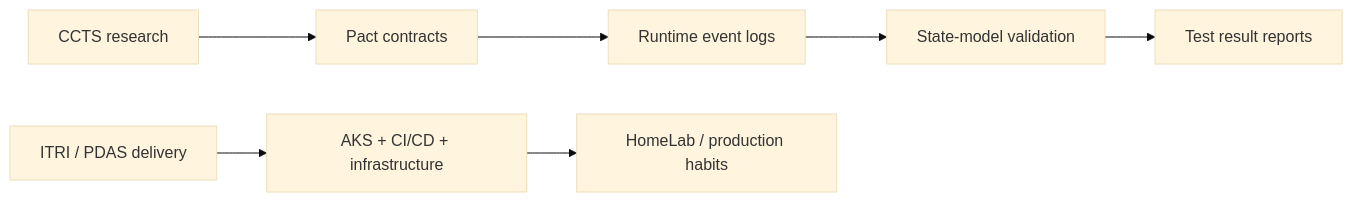
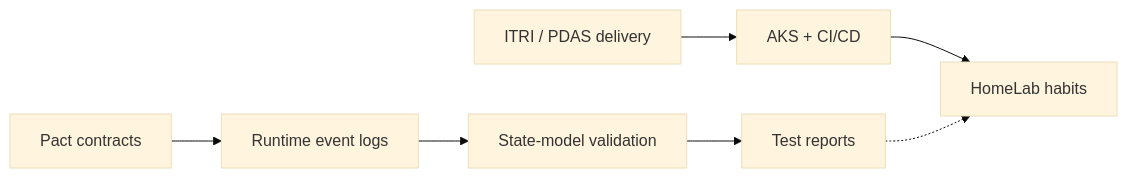
Before and after one commit to DF-wu/DF-wu: the diagram in README.md, drawn with Mermaid (base theme). The commit also changed other lines of this file and 14 other files, not shown here.

````diff
--- a/README.md
+++ b/README.md
@@ -33,9 +110,9 @@
 ```mermaid
 flowchart LR
-  Research[CCTS research] --> Contracts[Pact contracts]
-  Contracts --> Events[Runtime event logs]
+  Contracts[Pact contracts] --> Events[Runtime event logs]
   Events --> States[State-model validation]
-  States --> Reports[Test result reports]
-  Delivery[ITRI / PDAS delivery] --> Infra[AKS + CI/CD + infrastructure]
-  Infra --> Ops[HomeLab / production habits]
+  States --> Reports[Test reports]
+  Delivery[ITRI / PDAS delivery] --> Infra[AKS + CI/CD]
+  Infra --> Ops[HomeLab habits]
+  Reports -.-> Ops
 ```
````
